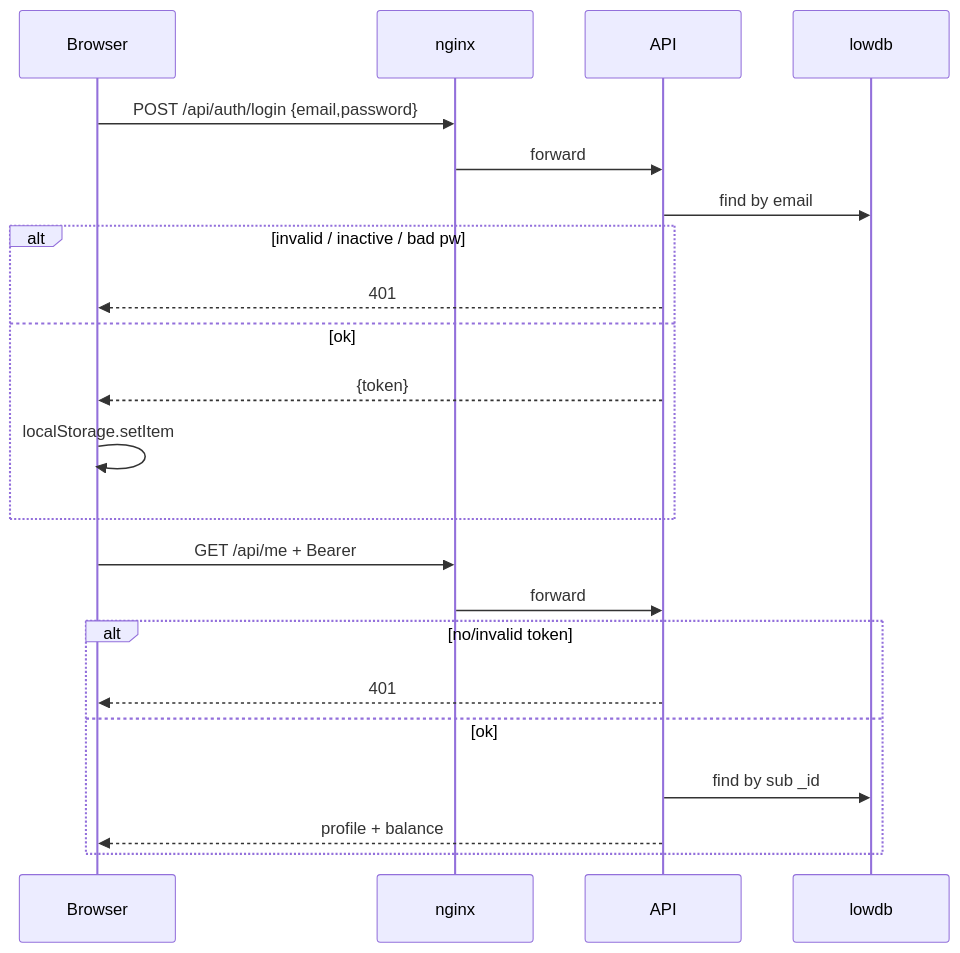
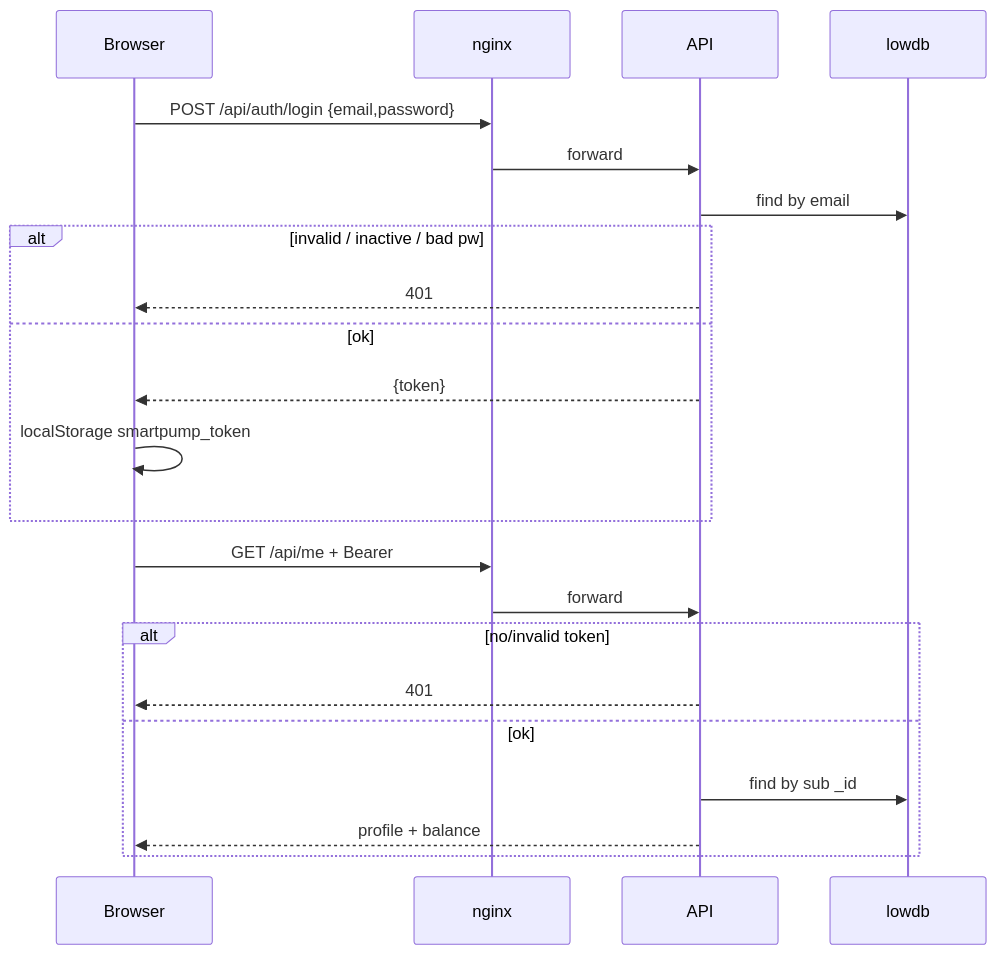
One commit to pepetostado/pumpInterviewProject changed the second of 4 diagrams in pepe/architecture/diagrams0.md. Above: the diagram before and after it, drawn with Mermaid. The commit also changed other lines of this file and 19 other files, not shown here.

````diff
--- a/pepe/architecture/diagrams0.md
+++ b/pepe/architecture/diagrams0.md
@@ -15,26 +15,26 @@
 ```mermaid
 sequenceDiagram
   participant B as Browser
   participant N as nginx
   participant A as API
   participant D as lowdb
 
   B->>N: POST /api/auth/login {email,password}
   N->>A: forward
   A->>D: find by email
   alt invalid / inactive / bad pw
     A-->>B: 401
   else ok
     A-->>B: {token}
-    B->>B: localStorage.setItem
+    B->>B: localStorage smartpump_token
   end
 
   B->>N: GET /api/me + Bearer
   N->>A: forward
   alt no/invalid token
     A-->>B: 401
   else ok
     A->>D: find by sub _id
     A-->>B: profile + balance
   end
 ```
````
